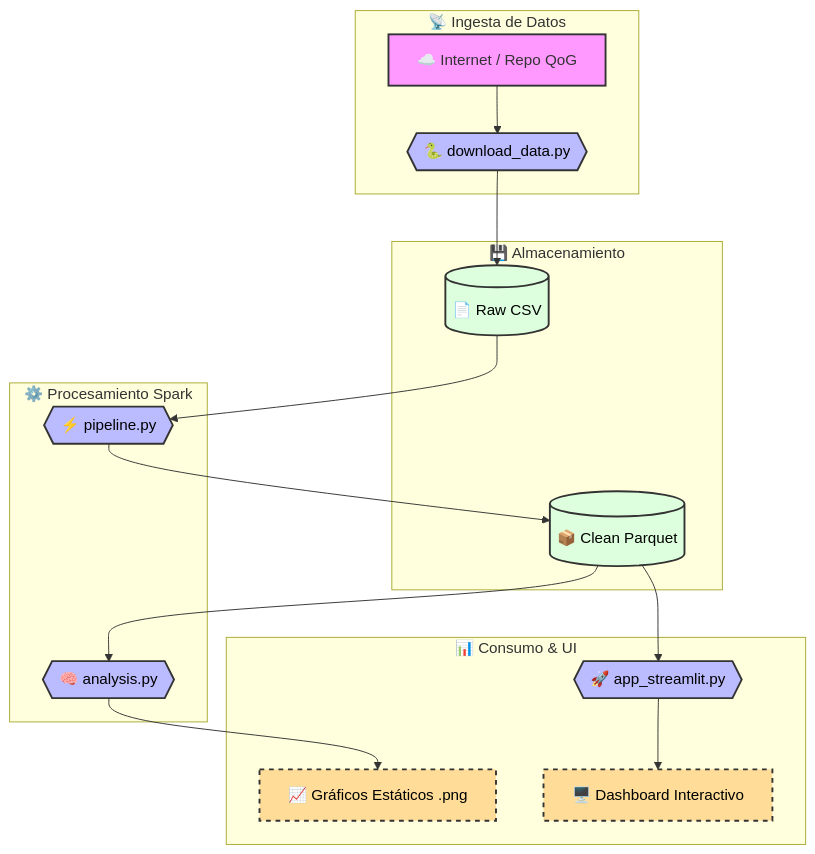
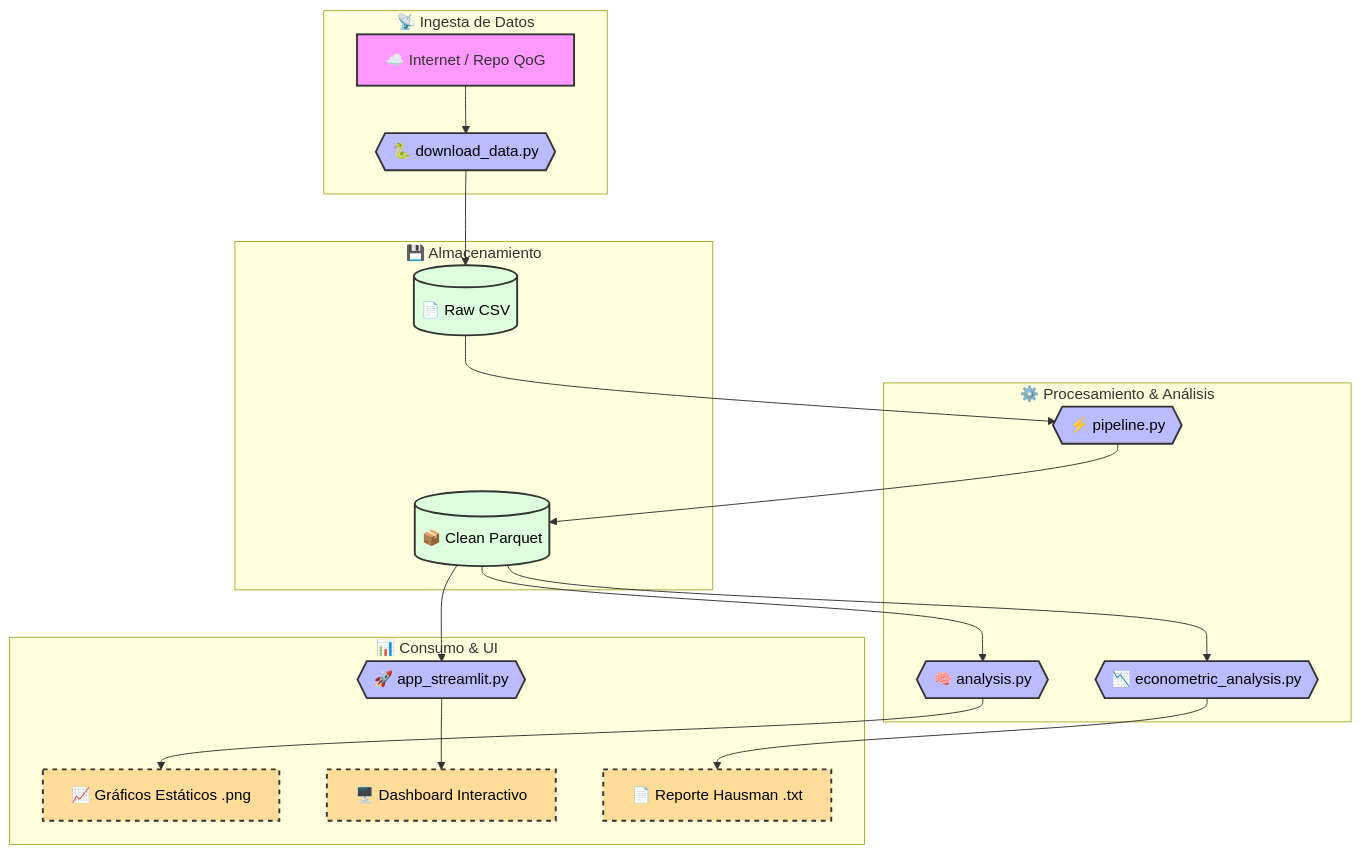
The diagram in 05_EXPLICACION_CODIGO.md (alxz0212/Avance_TF_CDM), drawn with Mermaid before and after one commit. The commit also changed other lines of this file and 9 other files, not shown here.

````diff
--- a/05_EXPLICACION_CODIGO.md
+++ b/05_EXPLICACION_CODIGO.md
@@ -84,39 +97,43 @@
 ```mermaid
 graph TD
     %% Estilos
     classDef source fill:#f9f,stroke:#333,stroke-width:2px;
     classDef script fill:#bbf,stroke:#333,stroke-width:2px,color:black;
     classDef data fill:#dfd,stroke:#333,stroke-width:2px,color:black;
     classDef output fill:#fd9,stroke:#333,stroke-width:2px,color:black,stroke-dasharray: 5 5;
 
     subgraph INGESTA ["📡 Ingesta de Datos"]
         A[☁️ Internet / Repo QoG]:::source
         Script1{{🐍 download_data.py}}:::script
     end
 
-    subgraph PROCESAMIENTO ["⚙️ Procesamiento Spark"]
+    subgraph PROCESAMIENTO ["⚙️ Procesamiento & Análisis"]
         Script2{{⚡ pipeline.py}}:::script
         Script3{{🧠 analysis.py}}:::script
+        Script5{{📉 econometric_analysis.py}}:::script
     end
 
     subgraph ALMACENAMIENTO ["💾 Almacenamiento"]
         B[(📄 Raw CSV)]:::data
         C[(📦 Clean Parquet)]:::data
     end
 
     subgraph VISUALIZACION ["📊 Consumo & UI"]
         Script4{{🚀 app_streamlit.py}}:::script
         D[📈 Gráficos Estáticos .png]:::output
         E[🖥️ Dashboard Interactivo]:::output
+        F[📄 Reporte Hausman .txt]:::output
     end
 
     %% Relaciones
     A --> Script1
     Script1 --> B
     B --> Script2
     Script2 --> C
     C --> Script3
     C --> Script4
+    C --> Script5
     Script3 --> D
     Script4 --> E
+    Script5 --> F
 ```
````
